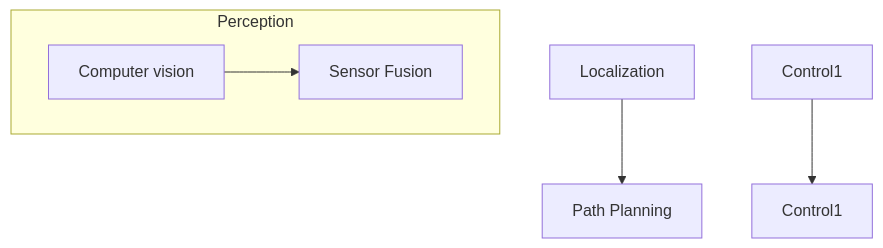
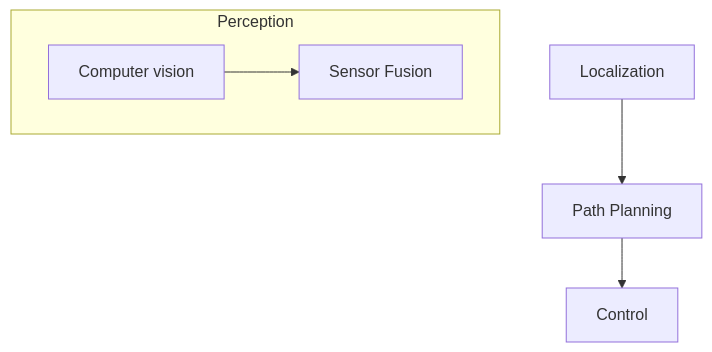
The diagram in automotive/self-driving/self-driving-notes.md (afondiel/computer-science-notebook), drawn with Mermaid before and after one commit.

Commit message:
auto-self-drv: update mermaid graph

````diff
--- a/automotive/self-driving/self-driving-notes.md
+++ b/automotive/self-driving/self-driving-notes.md
@@ -20,8 +20,8 @@
 ```mermaid
  graph TD
          a1[Localization]-->a2[Path Planning]
-         b1[Control1]-->b2[Control1]
+         a2-->b1[Control]
          subgraph Perception
          c1[Computer vision]-->c2[Sensor Fusion]
          end
 ```
````
